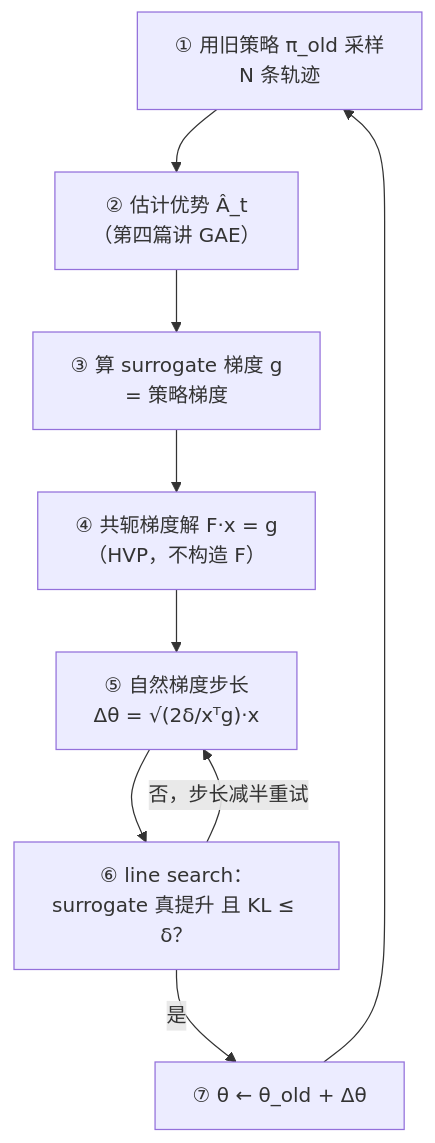
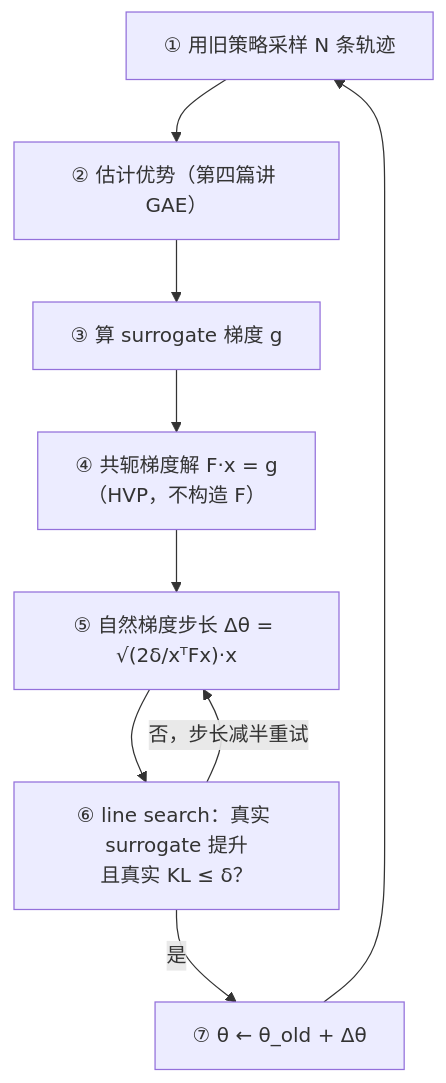
Before and after one commit to lrypcy/lrypcy.github.io: the first of 2 diagrams in _posts/2026-08-21-mdp-to-grpo-03-trpo-trust-region.md, drawn with Mermaid. The commit also changed other lines of this file and 1 other file, not shown here.

````diff
--- a/_posts/2026-08-21-mdp-to-grpo-03-trpo-trust-region.md
+++ b/_posts/2026-08-21-mdp-to-grpo-03-trpo-trust-region.md
@@ -17,11 +18,11 @@
 ```mermaid
 flowchart TD
-    S["① 用旧策略 π_old 采样<br/>N 条轨迹"] --> A["② 估计优势 Â_t<br/>（第四篇讲 GAE）"]
-    A --> G["③ 算 surrogate 梯度 g<br/>= 策略梯度"]
+    S["① 用旧策略采样 N 条轨迹"] --> A["② 估计优势（第四篇讲 GAE）"]
+    A --> G["③ 算 surrogate 梯度 g"]
     G --> CG["④ 共轭梯度解 F·x = g<br/>（HVP，不构造 F）"]
-    CG --> NG["⑤ 自然梯度步长<br/>Δθ = √(2δ/xᵀg)·x"]
-    NG --> LS["⑥ line search：<br/>surrogate 真提升 且 KL ≤ δ？"]
+    CG --> NG["⑤ 自然梯度步长 Δθ = √(2δ/xᵀFx)·x"]
+    NG --> LS["⑥ line search：真实 surrogate 提升<br/>且真实 KL ≤ δ？"]
     LS -->|"否，步长减半重试"| NG
     LS -->|"是"| U["⑦ θ ← θ_old + Δθ"]
     U --> S
 ```
````
